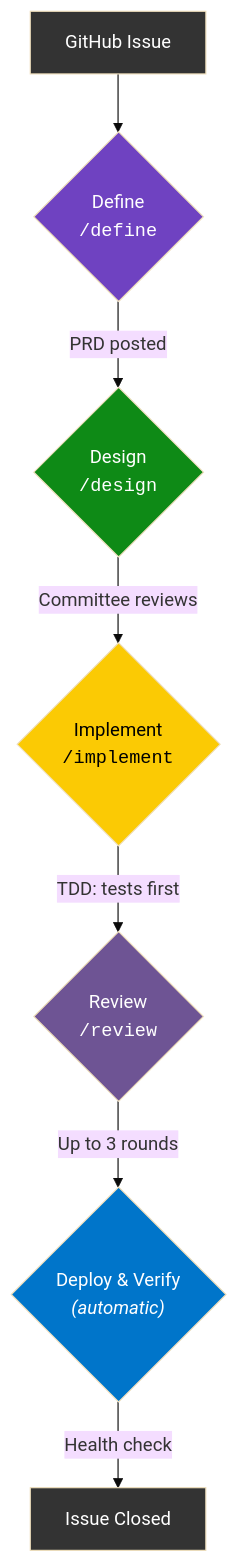
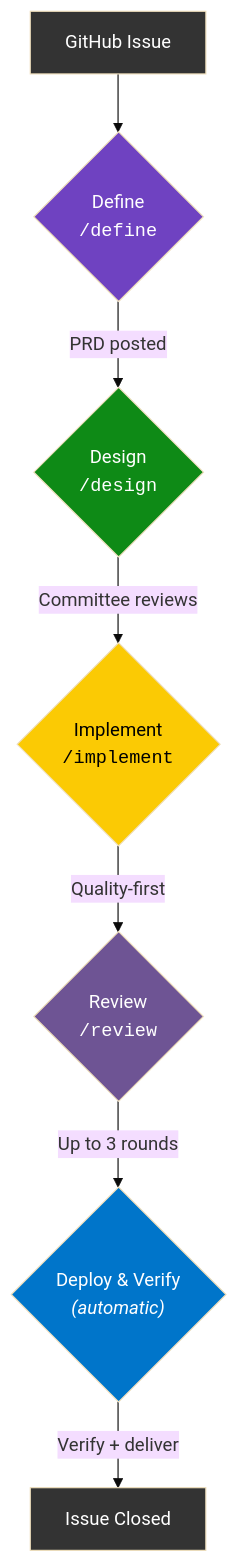
The third of 4 diagrams in docs/why.md (suniljames/directives), drawn with Mermaid (base theme) before and after one commit. The commit also changed other lines of this file and 10 other files, not shown here.

````diff
--- a/docs/why.md
+++ b/docs/why.md
@@ -95,17 +95,17 @@
 ```mermaid
 graph TD
     A["GitHub Issue"] --> B{"Define<br/><code>/define</code>"}
     B -->|"PRD posted"| C{"Design<br/><code>/design</code>"}
     C -->|"Committee reviews"| D{"Implement<br/><code>/implement</code>"}
-    D -->|"TDD: tests first"| E{"Review<br/><code>/review</code>"}
+    D -->|"Quality-first"| E{"Review<br/><code>/review</code>"}
     E -->|"Up to 3 rounds"| F{"Deploy & Verify<br/><em>(automatic)</em>"}
-    F -->|"Health check"| G["Issue Closed"]
+    F -->|"Verify + deliver"| G["Issue Closed"]
 
     style A fill:#333,color:#fff
     style B fill:#6f42c1,color:#fff
     style C fill:#0e8a16,color:#fff
     style D fill:#fbca04,color:#000
     style E fill:#6e5494,color:#fff
     style F fill:#0075ca,color:#fff
     style G fill:#333,color:#fff
 ```
````
